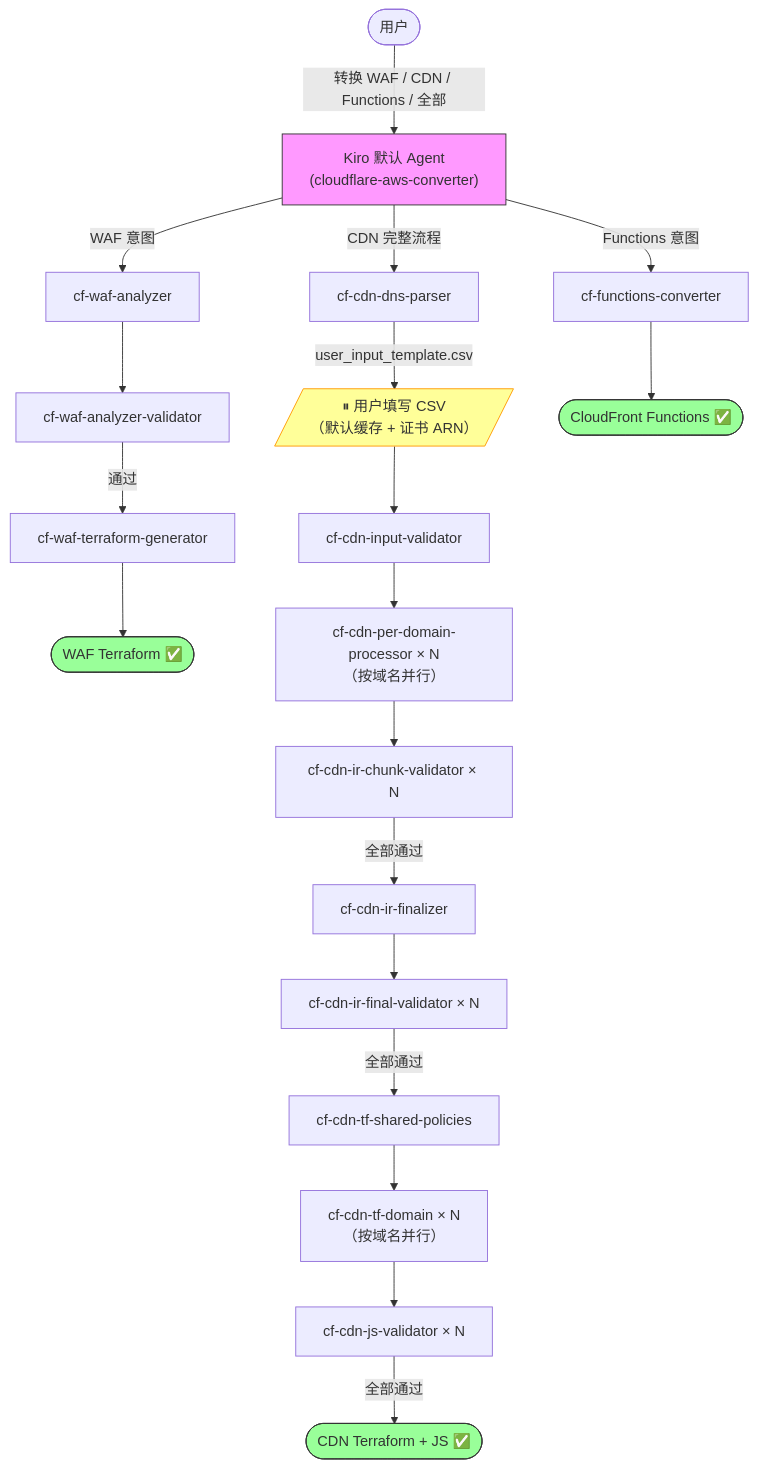
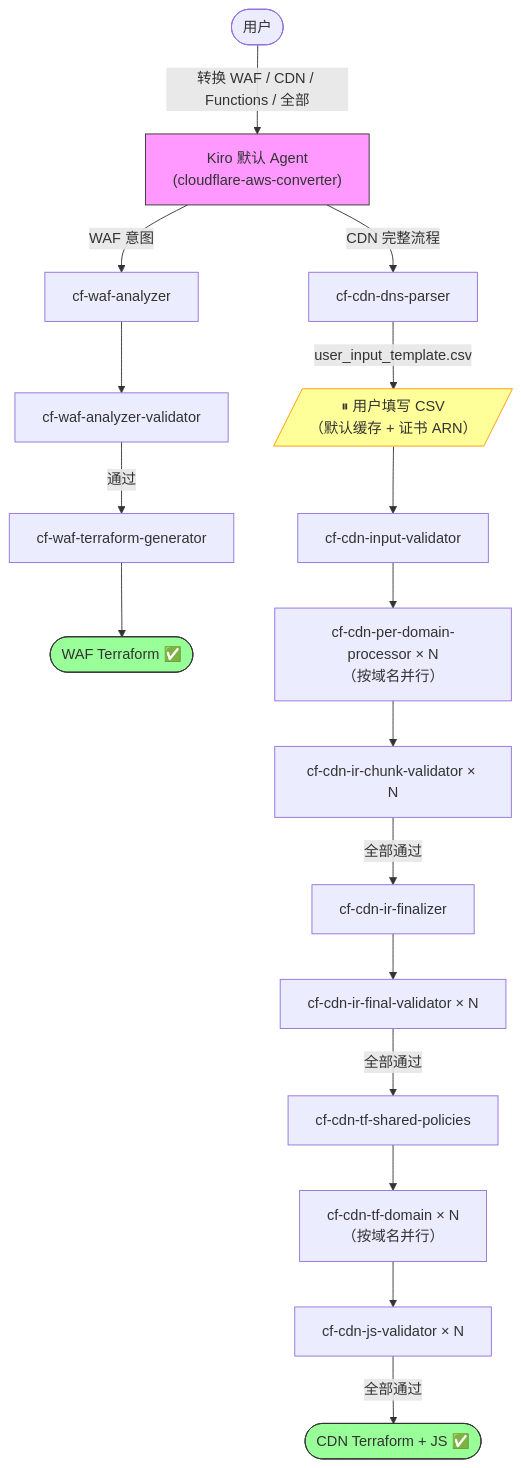
One commit to chenghit/cloudflare-aws-edge-config-converter changed the diagram in README_CN.md. Above: the diagram before and after it, drawn with Mermaid. The commit also changed other lines of this file and 53 other files, not shown here.

````diff
--- a/README_CN.md
+++ b/README_CN.md
@@ -39,30 +38,26 @@
 ```mermaid
 flowchart TD
     User([用户]) -->|"转换 WAF / CDN / Functions / 全部"| Main["Kiro 默认 Agent\n(cloudflare-aws-converter)"]
 
     Main -->|WAF 意图| WAF_A["cf-waf-analyzer"]
     WAF_A --> WAF_V["cf-waf-analyzer-validator"]
     WAF_V -->|通过| WAF_G["cf-waf-terraform-generator"]
     WAF_G --> WAF_Done([WAF Terraform ✅])
 
     Main -->|CDN 完整流程| CDN1["cf-cdn-dns-parser"]
     CDN1 -->|user_input_template.csv| Pause[/"⏸ 用户填写 CSV\n（默认缓存 + 证书 ARN）"/]
     Pause --> CDN2["cf-cdn-input-validator"]
     CDN2 --> CDN3["cf-cdn-per-domain-processor × N\n（按域名并行）"]
     CDN3 --> CDN4["cf-cdn-ir-chunk-validator × N"]
     CDN4 -->|全部通过| CDN5["cf-cdn-ir-finalizer"]
     CDN5 --> CDN6["cf-cdn-ir-final-validator × N"]
     CDN6 -->|全部通过| CDN7["cf-cdn-tf-shared-policies"]
     CDN7 --> CDN8["cf-cdn-tf-domain × N\n（按域名并行）"]
     CDN8 --> CDN9["cf-cdn-js-validator × N"]
     CDN9 -->|全部通过| CDN_Done([CDN Terraform + JS ✅])
 
-    Main -->|Functions 意图| FUNC["cf-functions-converter"]
-    FUNC --> FUNC_Done([CloudFront Functions ✅])
-
     style Main fill:#f9f,stroke:#333
     style Pause fill:#ff9,stroke:#f90
     style WAF_Done fill:#9f9,stroke:#333
     style CDN_Done fill:#9f9,stroke:#333
-    style FUNC_Done fill:#9f9,stroke:#333
 ```
````
